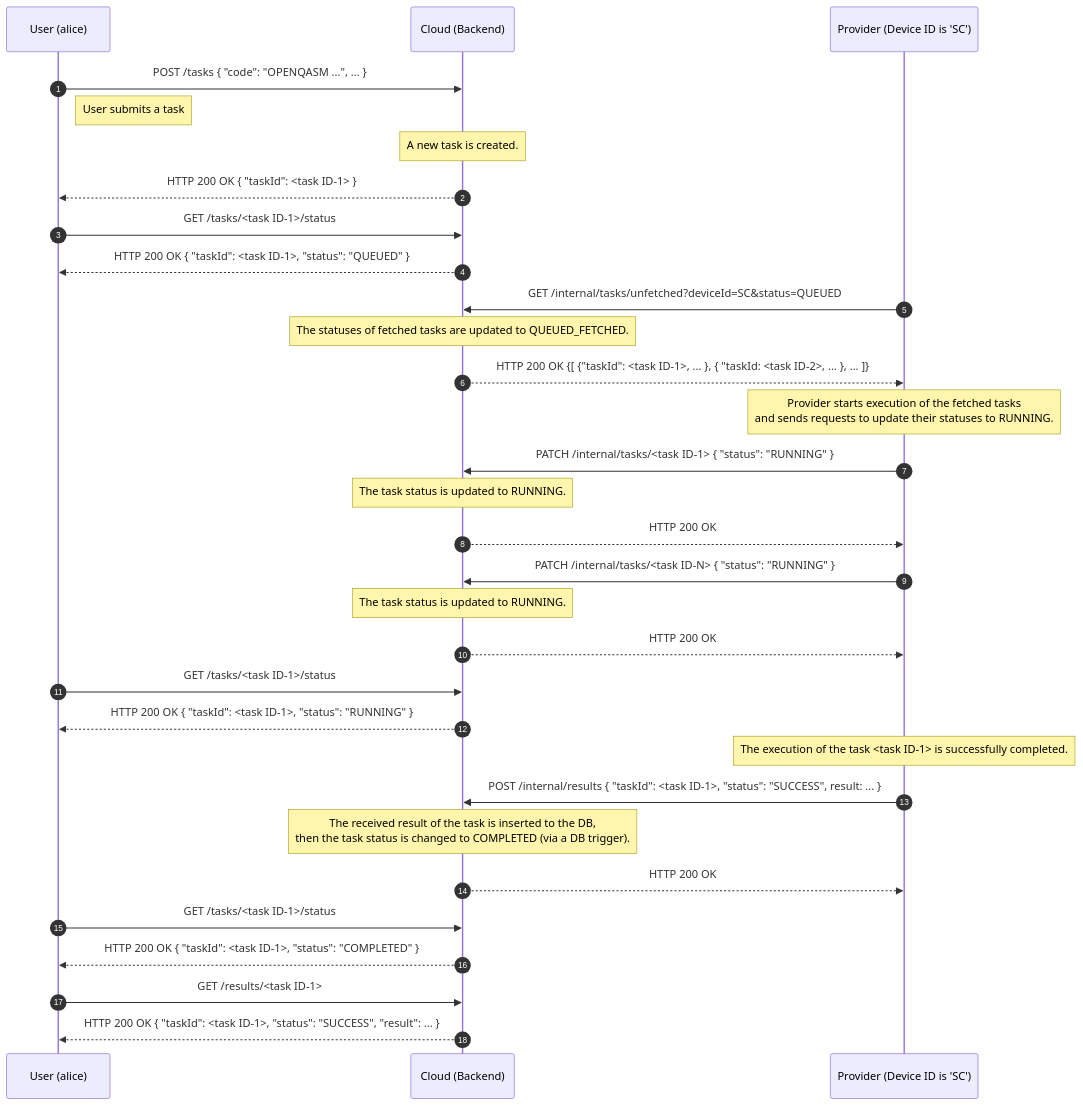
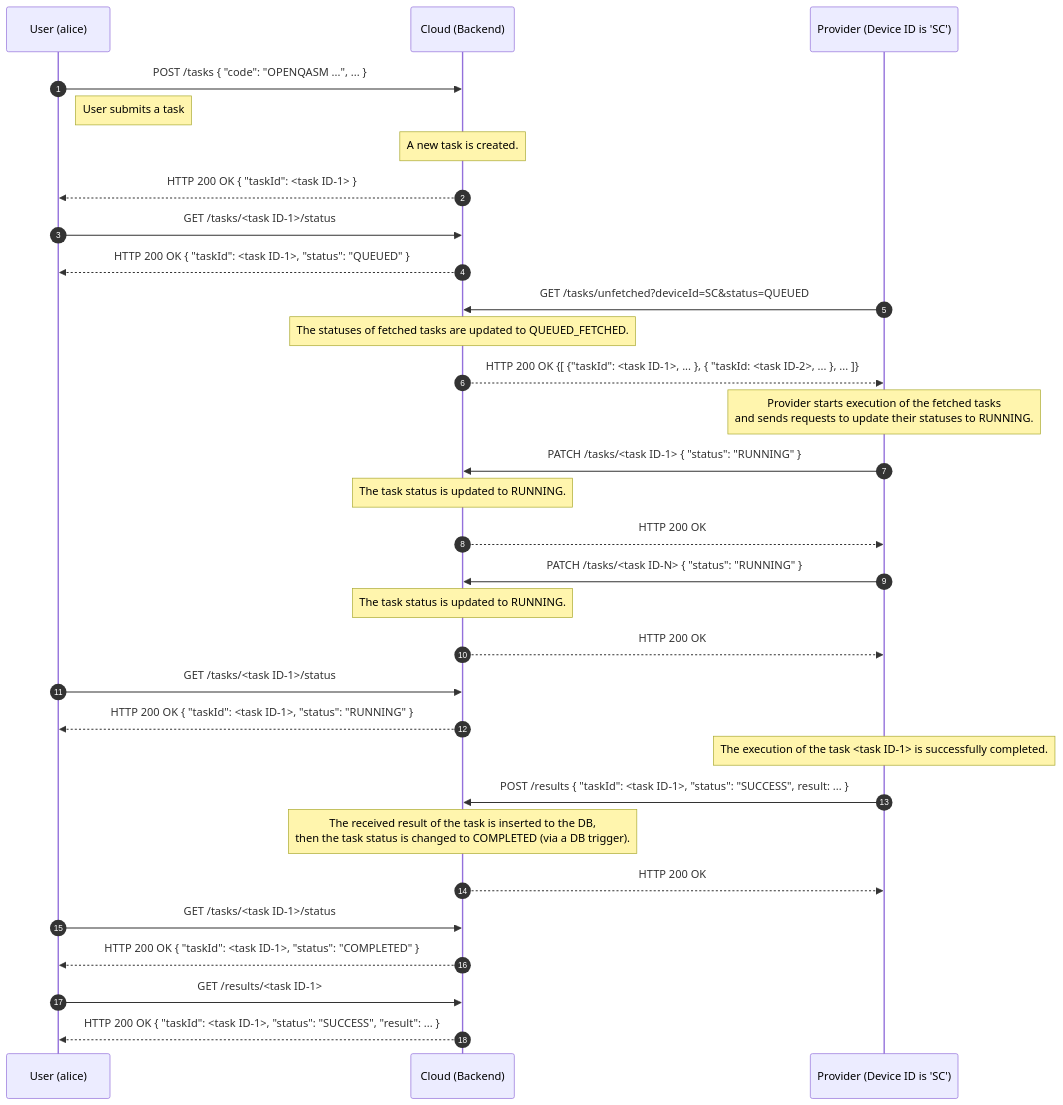
One commit to oqtopus-team/oqtopus-cloud changed the first of 3 diagrams in docs/en/architecture/sequence_diagram.md. Above: the diagram before and after it, drawn with Mermaid. The commit also changed other lines of this file and 9 other files, not shown here.

````diff
--- a/docs/en/architecture/sequence_diagram.md
+++ b/docs/en/architecture/sequence_diagram.md
@@ -16,42 +16,42 @@
 ```mermaid
 sequenceDiagram
     autonumber
     participant User as User (alice)
     participant Cloud as Cloud (Backend)
     participant Provider as Provider (Device ID is 'SC')
 
     User->>Cloud: POST /tasks { "code": "OPENQASM ...", ... }
     Note right of User: User submits a task
     Note over Cloud: A new task is created.
     Cloud-->>User: HTTP 200 OK { "taskId": <task ID-1> }
 
     User->>Cloud: GET /tasks/<task ID-1>/status
     Cloud-->>User: HTTP 200 OK { "taskId": <task ID-1>, "status": "QUEUED" }
 
-    Provider->>Cloud: GET /internal/tasks/unfetched?deviceId=SC&status=QUEUED
+    Provider->>Cloud: GET /tasks/unfetched?deviceId=SC&status=QUEUED
     Note over Cloud: The statuses of fetched tasks are updated to QUEUED_FETCHED.
     Cloud-->>Provider: HTTP 200 OK {[ {"taskId": <task ID-1>, ... }, { "taskId: <task ID-2>, ... }, ... ]}
 
     Note over Provider: Provider starts execution of the fetched tasks<br>and sends requests to update their statuses to RUNNING.
-    Provider->>Cloud: PATCH /internal/tasks/<task ID-1> { "status": "RUNNING" }
+    Provider->>Cloud: PATCH /tasks/<task ID-1> { "status": "RUNNING" }
     Note over Cloud: The task status is updated to RUNNING.
     Cloud-->>Provider: HTTP 200 OK
 
-    Provider->>Cloud: PATCH /internal/tasks/<task ID-N> { "status": "RUNNING" }
+    Provider->>Cloud: PATCH /tasks/<task ID-N> { "status": "RUNNING" }
     Note over Cloud: The task status is updated to RUNNING.
     Cloud-->>Provider: HTTP 200 OK
 
     User->>Cloud: GET /tasks/<task ID-1>/status
     Cloud-->>User: HTTP 200 OK { "taskId": <task ID-1>, "status": "RUNNING" }
     Note over Provider: The execution of the task <task ID-1> is successfully completed.
-    Provider->>Cloud: POST /internal/results { "taskId": <task ID-1>, "status": "SUCCESS", result: ... }
+    Provider->>Cloud: POST /results { "taskId": <task ID-1>, "status": "SUCCESS", result: ... }
 
     Note over Cloud: The received result of the task is inserted to the DB,<br> then the task status is changed to COMPLETED (via a DB trigger).
     Cloud-->>Provider: HTTP 200 OK
 
     User->>Cloud: GET /tasks/<task ID-1>/status
     Cloud-->>User: HTTP 200 OK { "taskId": <task ID-1>, "status": "COMPLETED" }
 
     User->>Cloud: GET /results/<task ID-1>
     Cloud-->>User: HTTP 200 OK { "taskId": <task ID-1>, "status": "SUCCESS", "result": ... }
 ```
````
